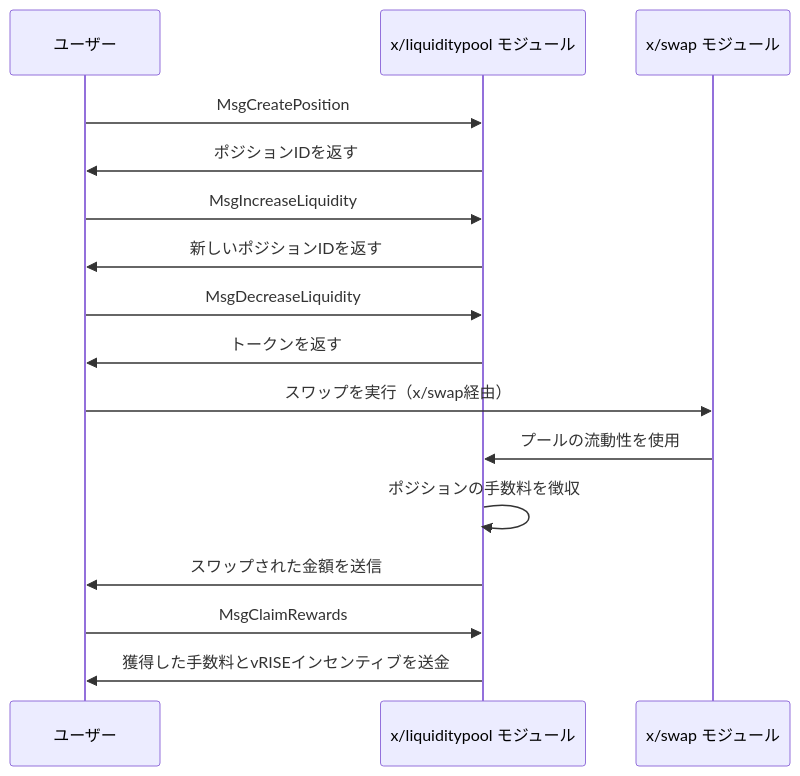
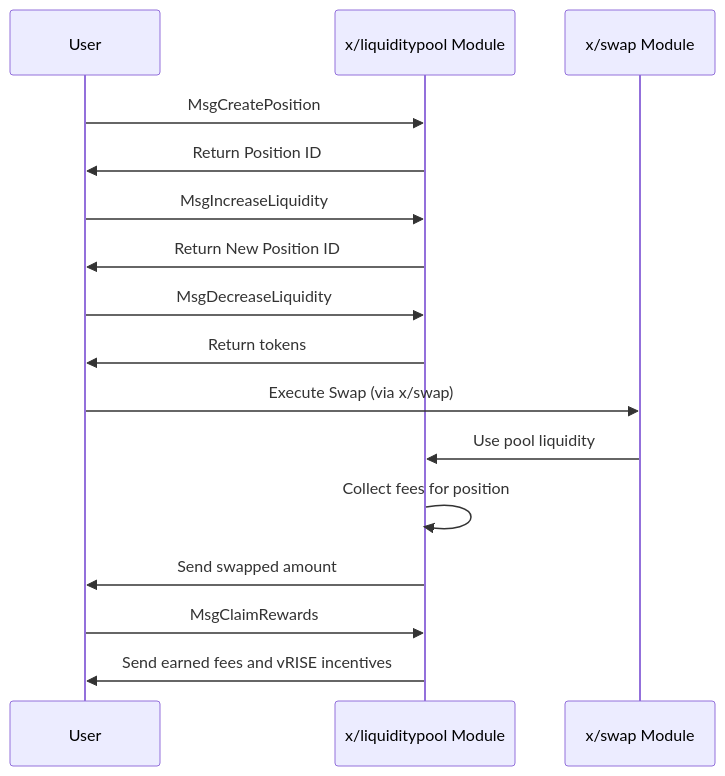
One commit to sunriselayer/gitbook changed the diagram in ja/learn/sunrise/liquidity-pool.md. Above: the diagram before and after it, drawn with Mermaid. The commit also changed 19 other files, not shown here.

````diff
--- a/ja/learn/sunrise/liquidity-pool.md
+++ b/ja/learn/sunrise/liquidity-pool.md
@@ -54,25 +54,25 @@
 ```mermaid
 sequenceDiagram
-    participant User as ユーザー
-    participant LiquidityPool as x/liquiditypool モジュール
-    participant SwapModule as x/swap モジュール
+    participant User as User
+    participant LiquidityPool as x/liquiditypool Module
+    participant SwapModule as x/swap Module
 
     User->>LiquidityPool: MsgCreatePosition
-    LiquidityPool->>User: ポジションIDを返す
+    LiquidityPool->>User: Return Position ID
     
     User->>LiquidityPool: MsgIncreaseLiquidity
-    LiquidityPool->>User: 新しいポジションIDを返す
+    LiquidityPool->>User: Return New Position ID
 
     User->>LiquidityPool: MsgDecreaseLiquidity
-    LiquidityPool->>User: トークンを返す
+    LiquidityPool->>User: Return tokens
     
-    User->>SwapModule: スワップを実行（x/swap経由）
-    SwapModule->>LiquidityPool: プールの流動性を使用
-    LiquidityPool->>LiquidityPool: ポジションの手数料を徴収
-    LiquidityPool->>User: スワップされた金額を送信
+    User->>SwapModule: Execute Swap (via x/swap)
+    SwapModule->>LiquidityPool: Use pool liquidity
+    LiquidityPool->>LiquidityPool: Collect fees for position
+    LiquidityPool->>User: Send swapped amount
     
     User->>LiquidityPool: MsgClaimRewards
-    LiquidityPool->>User: 獲得した手数料とvRISEインセンティブを送金
+    LiquidityPool->>User: Send earned fees and vRISE incentives
     
 
 ```
````
